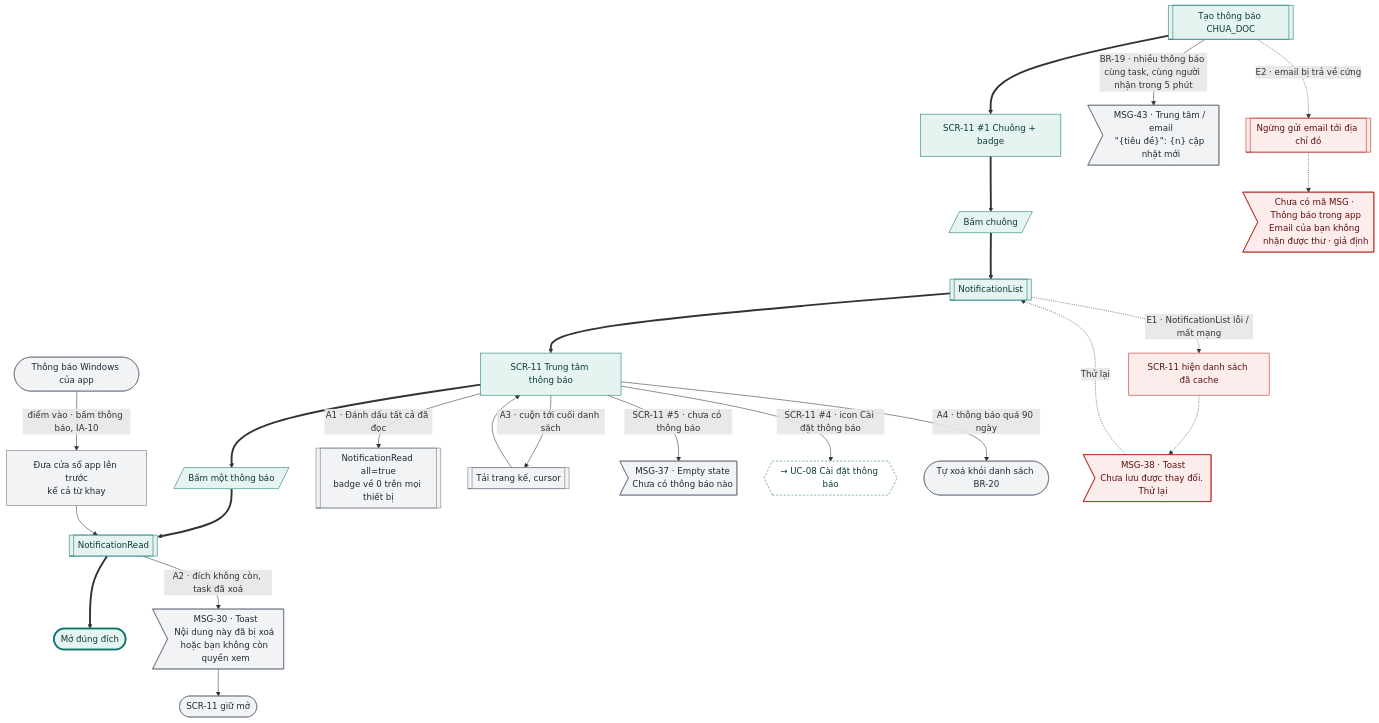
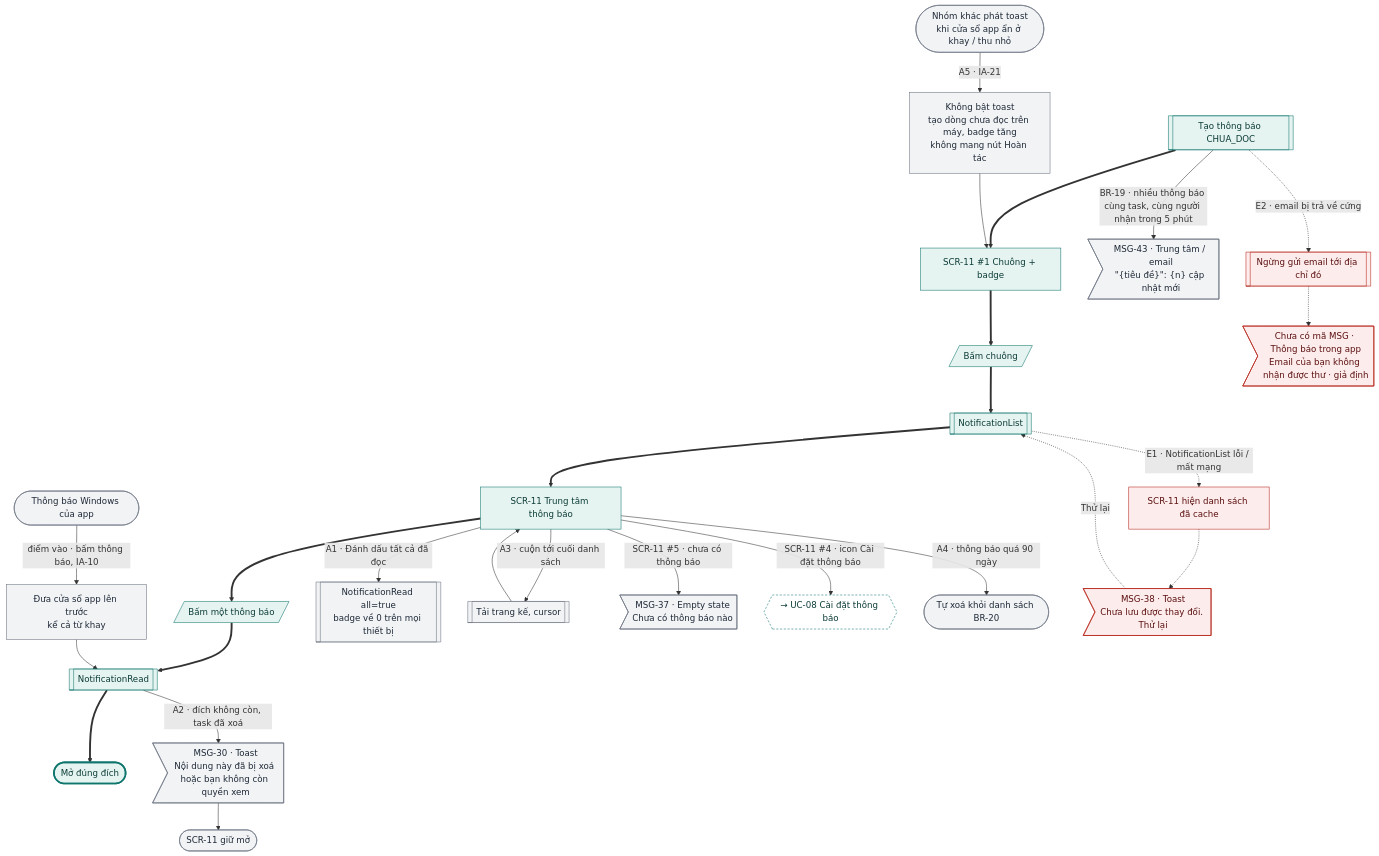
One commit to tannguyenho/personal-app changed the sixth of 6 diagrams in docs/design-brief/flow/g12-workspace-billing.md. Above: the diagram before and after it, drawn with Mermaid. The commit also changed other lines of this file and 4 other files, not shown here.

First line of the commit message:
docs: toast lúc cửa sổ ẩn vào trung tâm thông báo (F6, IA-21)

````diff
--- a/docs/design-brief/flow/g12-workspace-billing.md
+++ b/docs/design-brief/flow/g12-workspace-billing.md
@@ -218,45 +218,47 @@
 ```mermaid
 flowchart TD
   p1[["Tạo thông báo CHUA_DOC"]]
   s1["SCR-11 #1 Chuông + badge"]
   u1[/"Bấm chuông"/]
   p2[["NotificationList"]]
   s2["SCR-11 Trung tâm thông báo"]
   u2[/"Bấm một thông báo"/]
   p3[["NotificationRead"]]
   ok(["Mở đúng đích"])
   p1 ==> s1 ==> u1 ==> p2 ==> s2 ==> u2 ==> p3 ==> ok
 
   p1 -->|"BR-19 · nhiều thông báo cùng task, cùng người nhận trong 5 phút"| g43>"MSG-43 · Trung tâm / email<br/>#quot;{tiêu đề}#quot;: {n} cập nhật mới"]
   win(["Thông báo Windows của app"]) -->|"điểm vào · bấm thông báo, IA-10"| wa["Đưa cửa sổ app lên trước<br/>kể cả từ khay"]
+  t5(["Nhóm khác phát toast<br/>khi cửa sổ app ẩn ở khay / thu nhỏ"]) -->|"A5 · IA-21"| a5["Không bật toast<br/>tạo dòng chưa đọc trên máy, badge tăng<br/>không mang nút Hoàn tác"]
+  a5 --> s1
   wa --> p3
   s2 -->|"A1 · Đánh dấu tất cả đã đọc"| a1[["NotificationRead all=true<br/>badge về 0 trên mọi thiết bị"]]
   s2 -->|"A3 · cuộn tới cuối danh sách"| a3[["Tải trang kế, cursor"]]
   a3 --> s2
   s2 -->|"SCR-11 #5 · chưa có thông báo"| m37>"MSG-37 · Empty state<br/>Chưa có thông báo nào"]
   s2 -->|"SCR-11 #4 · icon Cài đặt thông báo"| x8{{"→ UC-08 Cài đặt thông báo"}}
   s2 -->|"A4 · thông báo quá 90 ngày"| a4(["Tự xoá khỏi danh sách BR-20"])
   p3 -->|"A2 · đích không còn, task đã xoá"| a2m>"MSG-30 · Toast<br/>Nội dung này đã bị xoá hoặc bạn không còn quyền xem"]
   a2m --> a2(["SCR-11 giữ mở"])
 
   p2 -.->|"E1 · NotificationList lỗi / mất mạng"| e1["SCR-11 hiện danh sách đã cache"]
   e1 -.-> e1m>"MSG-38 · Toast<br/>Chưa lưu được thay đổi. Thử lại"]
   e1m -.->|"Thử lại"| p2
   p1 -.->|"E2 · email bị trả về cứng"| e2[["Ngừng gửi email tới địa chỉ đó"]]
   e2 -.-> e2m>"Chưa có mã MSG · Thông báo trong app<br/>Email của bạn không nhận được thư · giả định"]
 
   class p1,s1,u1,p2,s2,u2,p3 happy
-  class g43,win,wa,a1,a3,m37,a4,a2m,a2 alt
+  class g43,win,wa,a1,a3,m37,a4,a2m,a2,t5,a5 alt
   class x8 link
   class e1,e1m,e2,e2m err
   class ok done
   classDef happy fill:#E6F4F1,stroke:#0F766E,color:#0B3B36
   classDef alt fill:#F1F3F5,stroke:#6B7280,color:#1F2937
   classDef err fill:#FDECEC,stroke:#B42318,color:#5C1010
   classDef warn fill:#FEF4E2,stroke:#B45309,color:#4A2604
   classDef ai fill:#F1ECFD,stroke:#6D28D9,color:#2E1065
   classDef sync fill:#FFFFFF,stroke:#6B7280,stroke-dasharray:4 3,color:#1F2937
   classDef link fill:#FFFFFF,stroke:#0F766E,stroke-dasharray:4 3,color:#0B3B36
   classDef done fill:#E6F4F1,stroke:#0F766E,stroke-width:3px,color:#0B3B36
   classDef fail fill:#FDECEC,stroke:#B42318,stroke-width:3px,color:#5C1010
 ```
````
